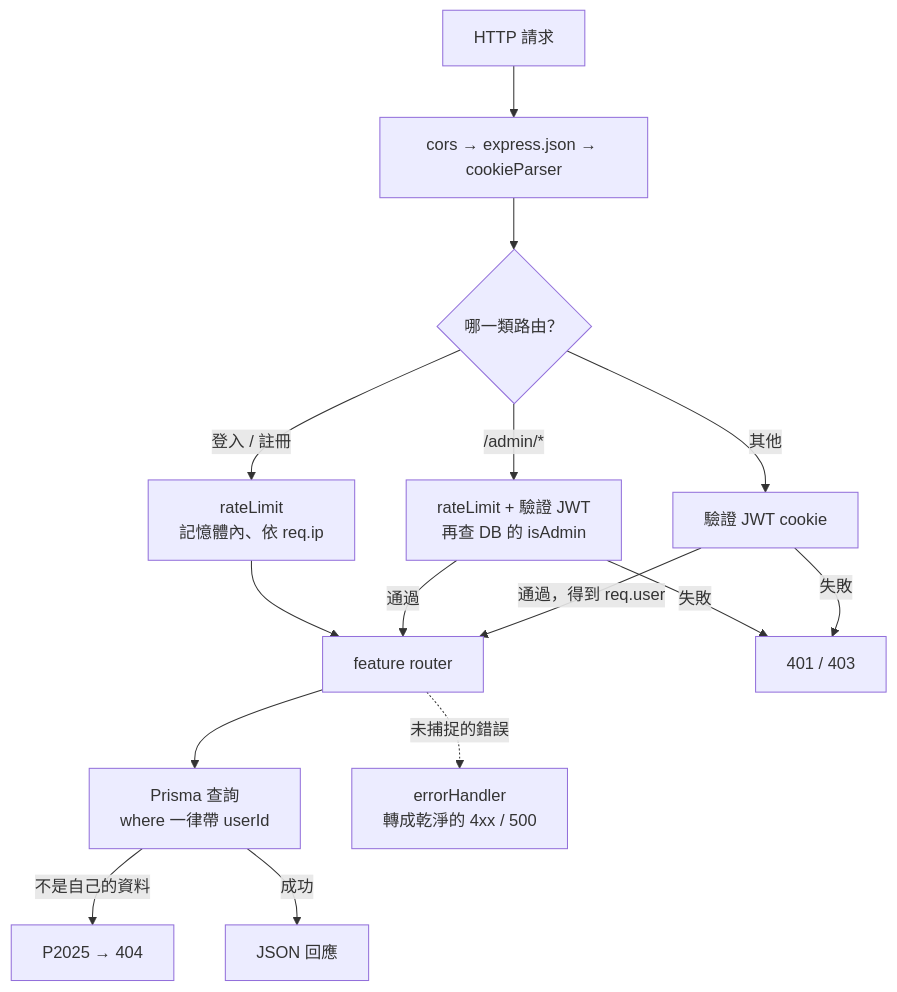
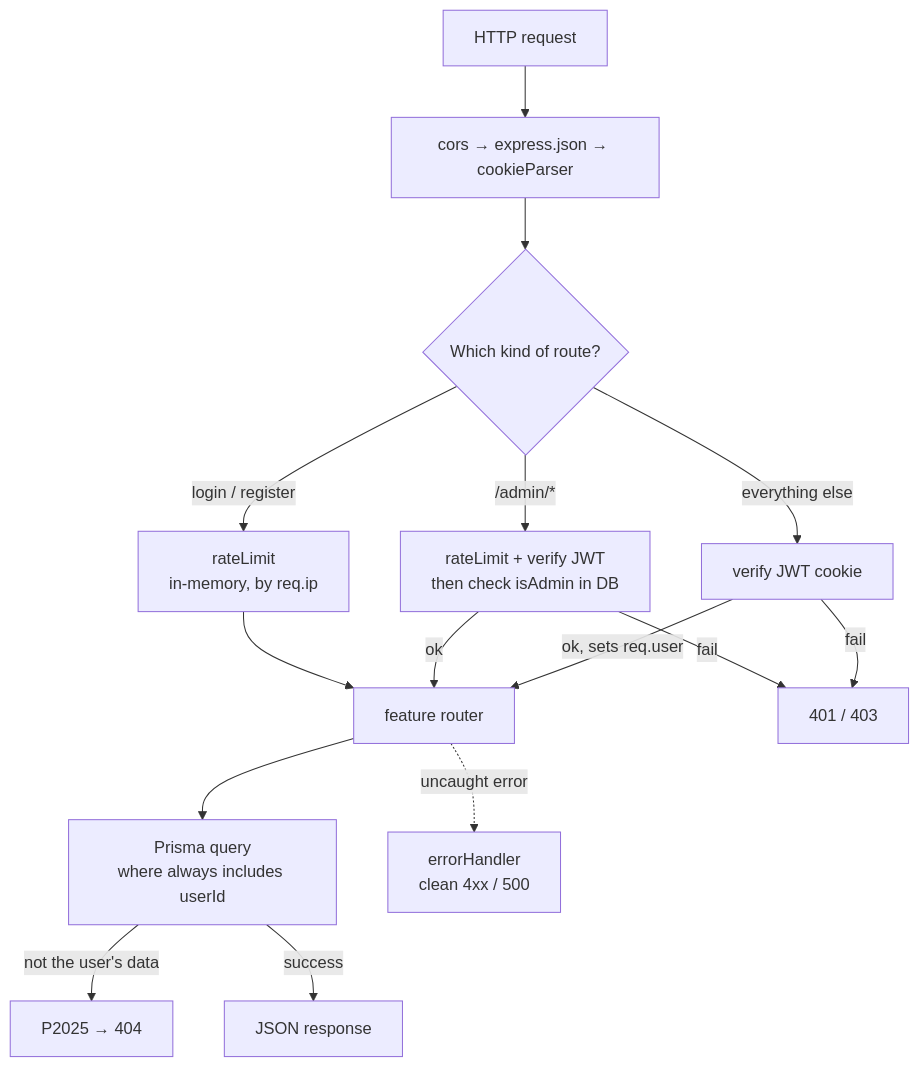
One commit to ychun816/scandiva changed the second of 6 diagrams in NOTE.md. Above: the diagram before and after it, drawn with Mermaid. The commit also changed other lines of this file and 27 other files, not shown here.

````diff
--- a/NOTE.md
+++ b/NOTE.md
@@ -94,17 +94,17 @@
 ```mermaid
 flowchart TD
-    REQ["HTTP 請求"] --> MW["cors → express.json → cookieParser"]
-    MW --> KIND{"哪一類路由？"}
-    KIND -->|"登入 / 註冊"| LIM["rateLimit<br/>記憶體內、依 req.ip"]
-    KIND -->|"/admin/*"| ADM["rateLimit + 驗證 JWT<br/>再查 DB 的 isAdmin"]
-    KIND -->|"其他"| AUTH["驗證 JWT cookie"]
+    REQ["HTTP request"] --> MW["cors → express.json → cookieParser"]
+    MW --> KIND{"Which kind of route?"}
+    KIND -->|"login / register"| LIM["rateLimit<br/>in-memory, by req.ip"]
+    KIND -->|"/admin/*"| ADM["rateLimit + verify JWT<br/>then check isAdmin in DB"]
+    KIND -->|"everything else"| AUTH["verify JWT cookie"]
     LIM --> ROUTE["feature router"]
-    ADM -->|"通過"| ROUTE
-    AUTH -->|"通過，得到 req.user"| ROUTE
-    ADM -->|"失敗"| E401["401 / 403"]
-    AUTH -->|"失敗"| E401
-    ROUTE --> SCOPE["Prisma 查詢<br/>where 一律帶 userId"]
-    SCOPE -->|"不是自己的資料"| E404["P2025 → 404"]
-    SCOPE -->|"成功"| JSON["JSON 回應"]
-    ROUTE -.->|"未捕捉的錯誤"| EH["errorHandler<br/>轉成乾淨的 4xx / 500"]
+    ADM -->|"ok"| ROUTE
+    AUTH -->|"ok, sets req.user"| ROUTE
+    ADM -->|"fail"| E401["401 / 403"]
+    AUTH -->|"fail"| E401
+    ROUTE --> SCOPE["Prisma query<br/>where always includes userId"]
+    SCOPE -->|"not the user's data"| E404["P2025 → 404"]
+    SCOPE -->|"success"| JSON["JSON response"]
+    ROUTE -.->|"uncaught error"| EH["errorHandler<br/>clean 4xx / 500"]
 ```
````
